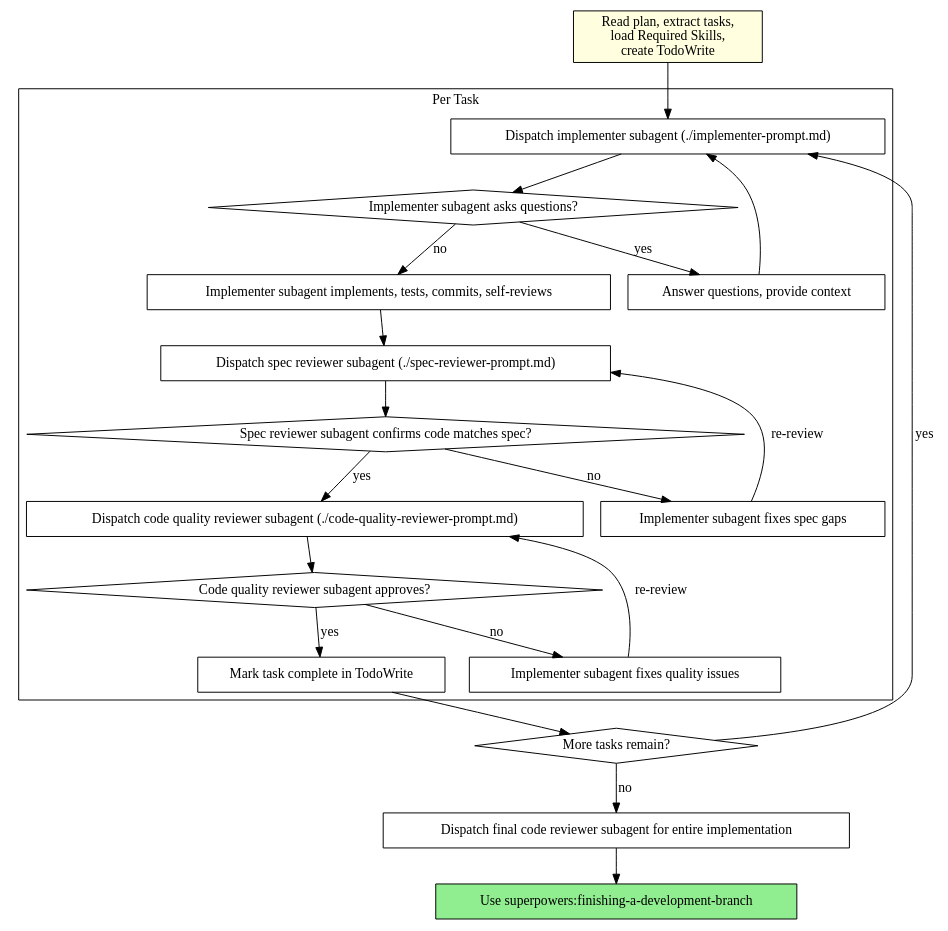
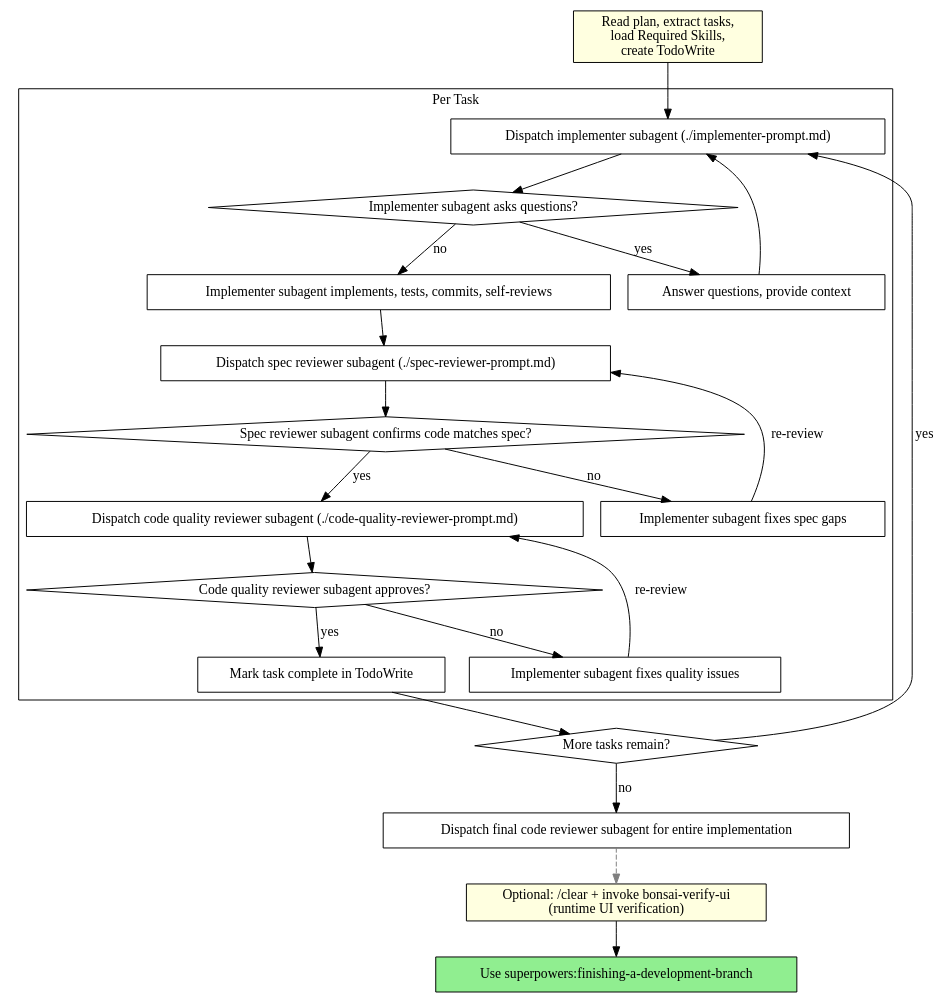
The second of 2 diagrams in skills/subagent-driven-development/SKILL.md (BonsaiSoftware/bonsaipowers), drawn with Graphviz before and after one commit. The commit also changed other lines of this file, not shown here.

First line of the commit message:
feat(tier-2): add optional runtime verification breadcrumb

````diff
--- a/skills/subagent-driven-development/SKILL.md
+++ b/skills/subagent-driven-development/SKILL.md
@@ -42,44 +42,46 @@
 ```dot
 digraph process {
     rankdir=TB;
 
     subgraph cluster_per_task {
         label="Per Task";
         "Dispatch implementer subagent (./implementer-prompt.md)" [shape=box];
         "Implementer subagent asks questions?" [shape=diamond];
         "Answer questions, provide context" [shape=box];
         "Implementer subagent implements, tests, commits, self-reviews" [shape=box];
         "Dispatch spec reviewer subagent (./spec-reviewer-prompt.md)" [shape=box];
         "Spec reviewer subagent confirms code matches spec?" [shape=diamond];
         "Implementer subagent fixes spec gaps" [shape=box];
         "Dispatch code quality reviewer subagent (./code-quality-reviewer-prompt.md)" [shape=box];
         "Code quality reviewer subagent approves?" [shape=diamond];
         "Implementer subagent fixes quality issues" [shape=box];
         "Mark task complete in TodoWrite" [shape=box];
     }
 
     "Read plan, extract tasks,\nload Required Skills,\ncreate TodoWrite" [shape=box style=filled fillcolor=lightyellow];
     "More tasks remain?" [shape=diamond];
     "Dispatch final code reviewer subagent for entire implementation" [shape=box];
     "Use superpowers:finishing-a-development-branch" [shape=box style=filled fillcolor=lightgreen];
 
     "Read plan, extract tasks,\nload Required Skills,\ncreate TodoWrite" -> "Dispatch implementer subagent (./implementer-prompt.md)";
     "Dispatch implementer subagent (./implementer-prompt.md)" -> "Implementer subagent asks questions?";
     "Implementer subagent asks questions?" -> "Answer questions, provide context" [label="yes"];
     "Answer questions, provide context" -> "Dispatch implementer subagent (./implementer-prompt.md)";
     "Implementer subagent asks questions?" -> "Implementer subagent implements, tests, commits, self-reviews" [label="no"];
     "Implementer subagent implements, tests, commits, self-reviews" -> "Dispatch spec reviewer subagent (./spec-reviewer-prompt.md)";
     "Dispatch spec reviewer subagent (./spec-reviewer-prompt.md)" -> "Spec reviewer subagent confirms code matches spec?";
     "Spec reviewer subagent confirms code matches spec?" -> "Implementer subagent fixes spec gaps" [label="no"];
     "Implementer subagent fixes spec gaps" -> "Dispatch spec reviewer subagent (./spec-reviewer-prompt.md)" [label="re-review"];
     "Spec reviewer subagent confirms code matches spec?" -> "Dispatch code quality reviewer subagent (./code-quality-reviewer-prompt.md)" [label="yes"];
     "Dispatch code quality reviewer subagent (./code-quality-reviewer-prompt.md)" -> "Code quality reviewer subagent approves?";
     "Code quality reviewer subagent approves?" -> "Implementer subagent fixes quality issues" [label="no"];
     "Implementer subagent fixes quality issues" -> "Dispatch code quality reviewer subagent (./code-quality-reviewer-prompt.md)" [label="re-review"];
     "Code quality reviewer subagent approves?" -> "Mark task complete in TodoWrite" [label="yes"];
     "Mark task complete in TodoWrite" -> "More tasks remain?";
     "More tasks remain?" -> "Dispatch implementer subagent (./implementer-prompt.md)" [label="yes"];
     "More tasks remain?" -> "Dispatch final code reviewer subagent for entire implementation" [label="no"];
-    "Dispatch final code reviewer subagent for entire implementation" -> "Use superpowers:finishing-a-development-branch";
+    "Dispatch final code reviewer subagent for entire implementation" -> "Optional: /clear + invoke bonsai-verify-ui\n(runtime UI verification)" [style=dashed, color=gray50];
+    "Optional: /clear + invoke bonsai-verify-ui\n(runtime UI verification)" [shape=box style=filled fillcolor=lightyellow];
+    "Optional: /clear + invoke bonsai-verify-ui\n(runtime UI verification)" -> "Use superpowers:finishing-a-development-branch";
 }
 ```
````
